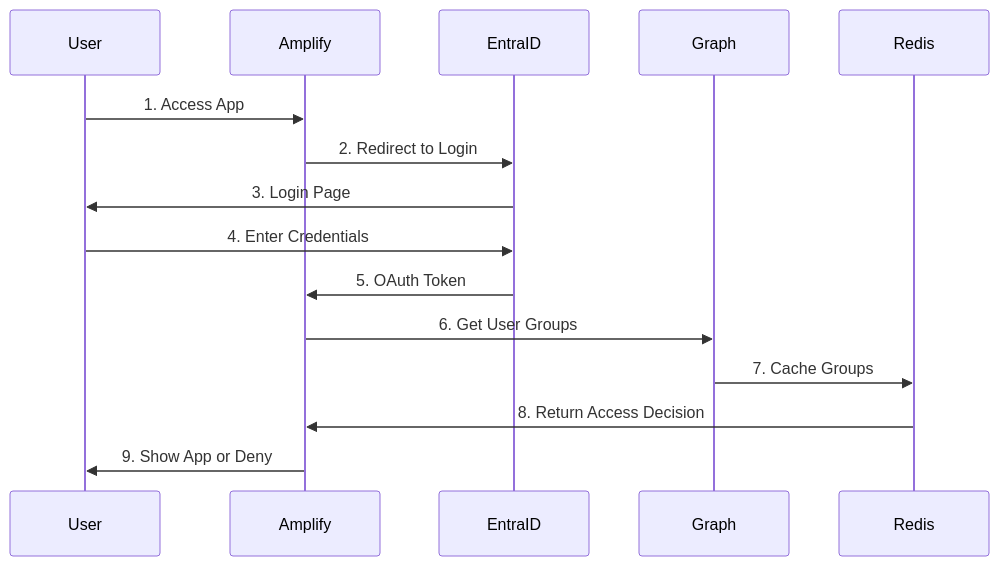
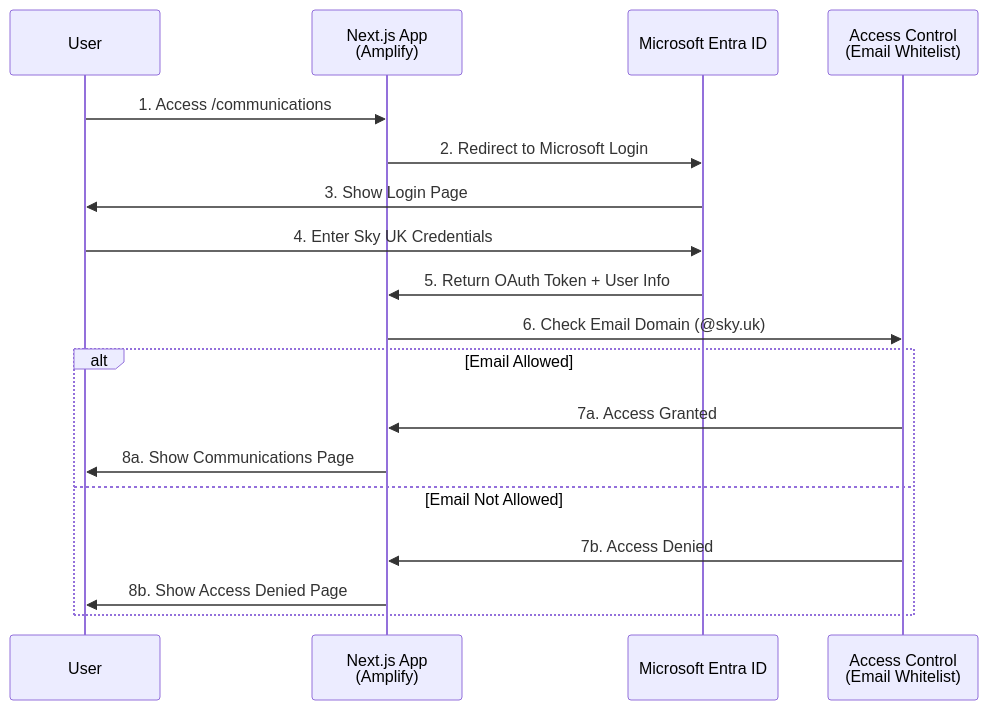
The diagram in docs/diagrams/auth-flow.mmd (avafox/v0-form-builder), drawn with Mermaid before and after one commit. The commit also changed 3 other files, not shown here.

First line of the commit message:
docs: update architecture and auth diagrams to reflect current setup

```diff
--- a/docs/diagrams/auth-flow.mmd
+++ b/docs/diagrams/auth-flow.mmd
@@ -1,16 +1,20 @@
 sequenceDiagram
     participant User
-    participant Amplify
-    participant EntraID
-    participant Graph
-    participant Redis
+    participant Amplify as Next.js App<br/>(Amplify)
+    participant EntraID as Microsoft Entra ID
+    participant AccessControl as Access Control<br/>(Email Whitelist)
     
-    User->>Amplify: 1. Access App
-    Amplify->>EntraID: 2. Redirect to Login
-    EntraID->>User: 3. Login Page
-    User->>EntraID: 4. Enter Credentials
-    EntraID->>Amplify: 5. OAuth Token
-    Amplify->>Graph: 6. Get User Groups
-    Graph->>Redis: 7. Cache Groups
-    Redis->>Amplify: 8. Return Access Decision
-    Amplify->>User: 9. Show App or Deny
+    User->>Amplify: 1. Access /communications
+    Amplify->>EntraID: 2. Redirect to Microsoft Login
+    EntraID->>User: 3. Show Login Page
+    User->>EntraID: 4. Enter Sky UK Credentials
+    EntraID->>Amplify: 5. Return OAuth Token + User Info
+    Amplify->>AccessControl: 6. Check Email Domain (@sky.uk)
+    
+    alt Email Allowed
+        AccessControl->>Amplify: 7a. Access Granted
+        Amplify->>User: 8a. Show Communications Page
+    else Email Not Allowed
+        AccessControl->>Amplify: 7b. Access Denied
+        Amplify->>User: 8b. Show Access Denied Page
+    end
```
